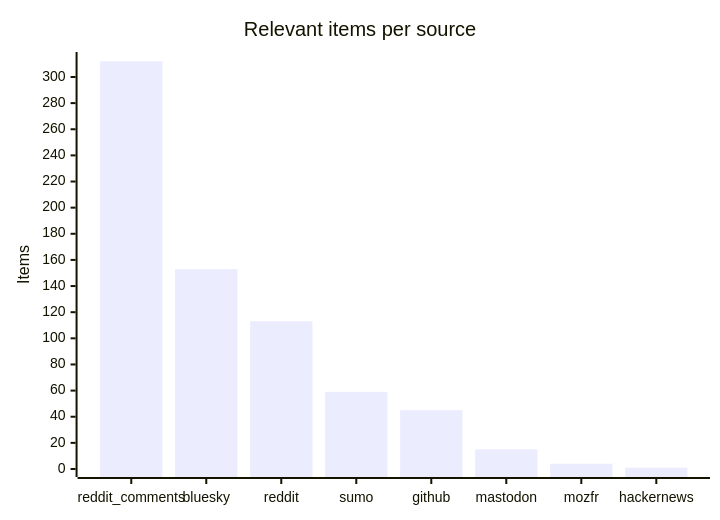
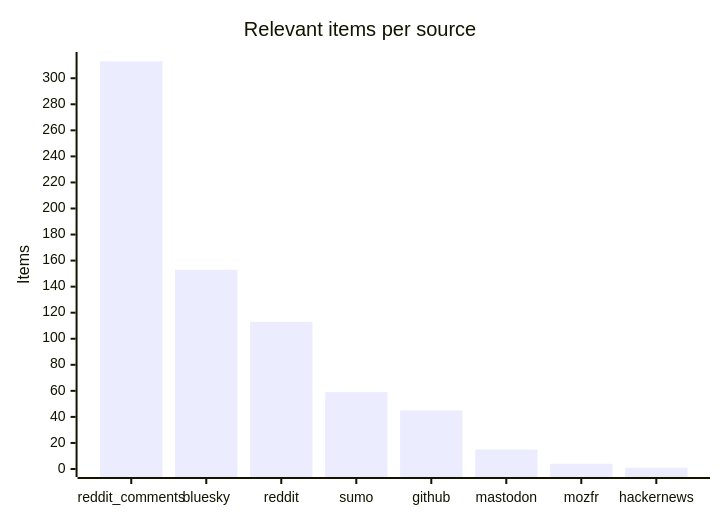
One commit to martinbalfanz/social-scanner-reports changed the third of 4 diagrams in README.md. Above: the diagram before and after it, drawn with Mermaid. The commit also changed other lines of this file and 5 other files, not shown here.

````diff
--- a/README.md
+++ b/README.md
@@ -48,7 +48,7 @@
 ```mermaid
 xychart-beta
     title "Relevant items per source"
     x-axis ["reddit_comments", "bluesky", "reddit", "sumo", "github", "mastodon", "mozfr", "hackernews"]
-    y-axis "Items" 0 --> 313
-    bar [312, 153, 113, 59, 45, 15, 4, 1]
+    y-axis "Items" 0 --> 314
+    bar [313, 153, 113, 59, 45, 15, 4, 1]
 ```
````
